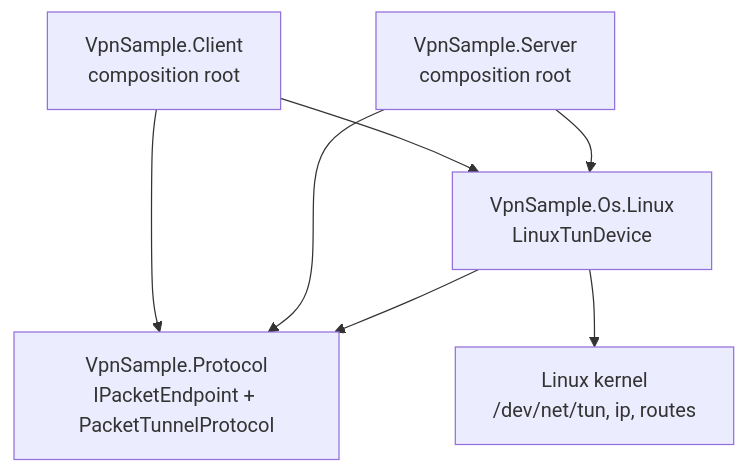
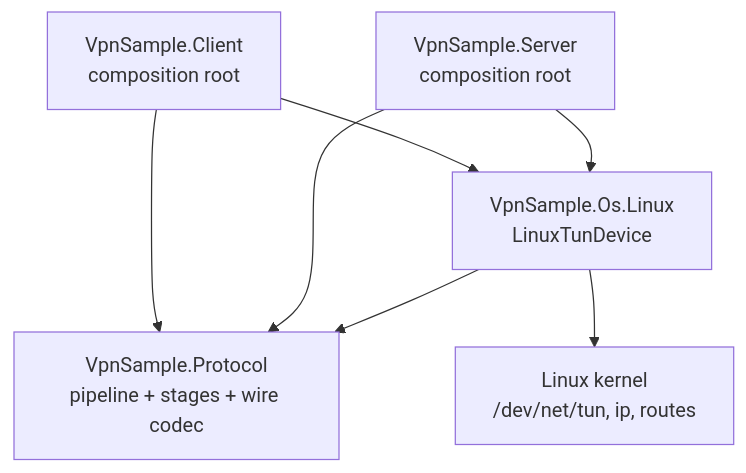
Before and after one commit to podkolzzzin/VPNSample: the second of 6 diagrams in ARCHITECTURE.md, drawn with Mermaid. The commit also changed other lines of this file and 28 other files, not shown here.

Commit message:
Introduce an extensible tunnel pipeline

````diff
--- a/ARCHITECTURE.md
+++ b/ARCHITECTURE.md
@@ -50,15 +50,15 @@
 ```mermaid
 flowchart TB
     Client[VpnSample.Client<br/>composition root]
     Server[VpnSample.Server<br/>composition root]
     Linux[VpnSample.Os.Linux<br/>LinuxTunDevice]
-    Protocol[VpnSample.Protocol<br/>IPacketEndpoint + PacketTunnelProtocol]
+    Protocol[VpnSample.Protocol<br/>pipeline + stages + wire codec]
     Kernel[Linux kernel<br/>/dev/net/tun, ip, routes]
 
     Client --> Protocol
     Client --> Linux
     Server --> Protocol
     Server --> Linux
     Linux --> Protocol
     Linux --> Kernel
 ```
````
